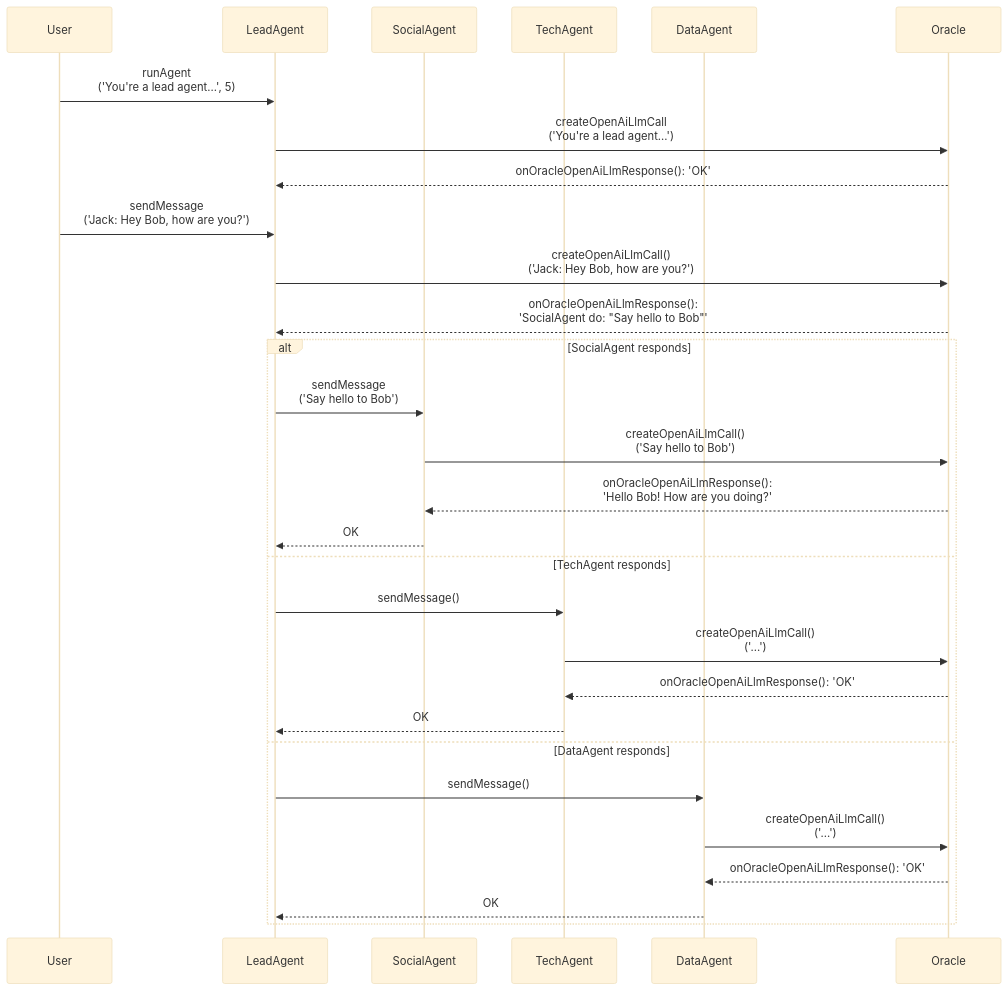
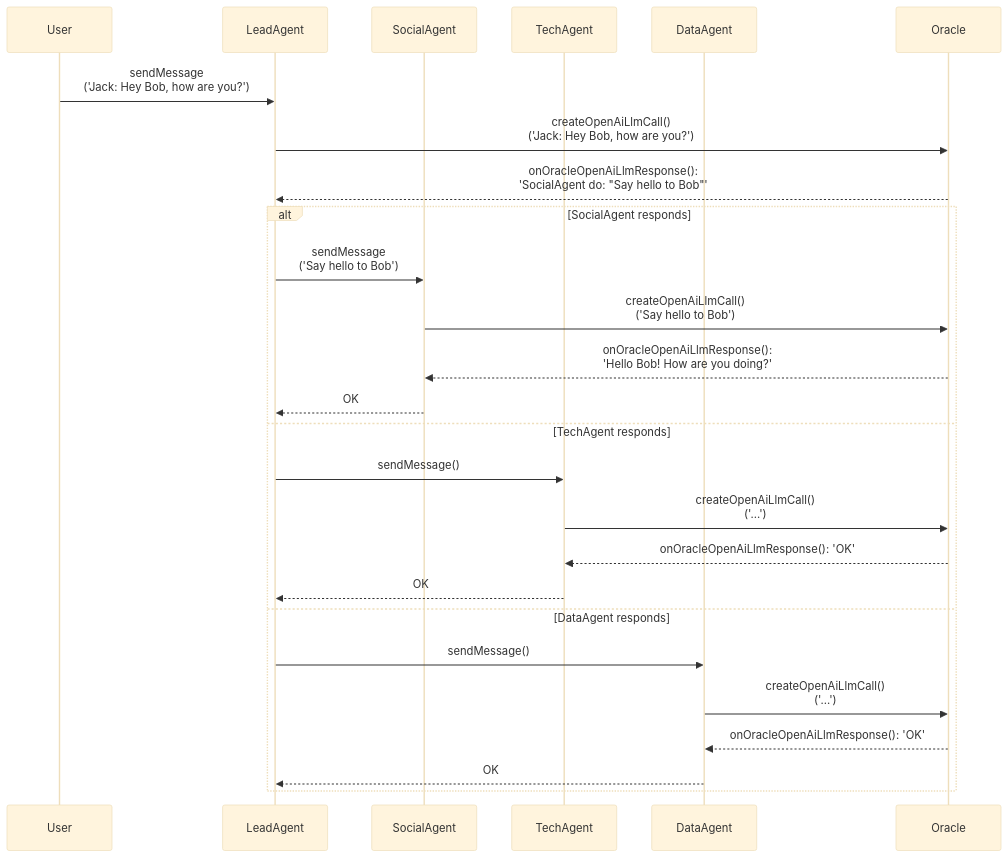
Before and after one commit to gonzalomelov/goinspirexyz: the third of 3 diagrams in packages/hardhat/README.md, drawn with Mermaid (base theme). The commit also changed other lines of this file, not shown here.

````diff
--- a/packages/hardhat/README.md
+++ b/packages/hardhat/README.md
@@ -7,33 +66,30 @@
 ```mermaid
 sequenceDiagram
     participant User
     participant LeadAgent
     participant SocialAgent
     participant TechAgent
     participant DataAgent
     participant Oracle
 
-    User->>LeadAgent: runAgent <br> ('You're a lead agent...', 5)
-    LeadAgent->>Oracle: createOpenAiLlmCall <br> ('You're a lead agent...')
-    Oracle-->>LeadAgent: onOracleOpenAiLlmResponse(): 'OK'
     User->>LeadAgent: sendMessage <br> ('Jack: Hey Bob, how are you?')
     LeadAgent->>Oracle: createOpenAiLlmCall() <br> ('Jack: Hey Bob, how are you?')
     Oracle-->>LeadAgent: onOracleOpenAiLlmResponse(): <br> 'SocialAgent do: "Say hello to Bob"'
     
     alt SocialAgent responds
         LeadAgent->>SocialAgent: sendMessage <br> ('Say hello to Bob')
         SocialAgent->>Oracle: createOpenAiLlmCall() <br> ('Say hello to Bob')
         Oracle-->>SocialAgent: onOracleOpenAiLlmResponse(): <br> 'Hello Bob! How are you doing?'
         SocialAgent-->>LeadAgent: OK
     else TechAgent responds
         LeadAgent->>TechAgent: sendMessage()
         TechAgent->>Oracle: createOpenAiLlmCall() <br> ('...')
         Oracle-->>TechAgent: onOracleOpenAiLlmResponse(): 'OK'
         TechAgent-->>LeadAgent: OK
     else DataAgent responds
         LeadAgent->>DataAgent: sendMessage()
         DataAgent->>Oracle: createOpenAiLlmCall() <br> ('...')
         Oracle-->>DataAgent: onOracleOpenAiLlmResponse(): 'OK'
         DataAgent-->>LeadAgent: OK
     end
 ```
````
